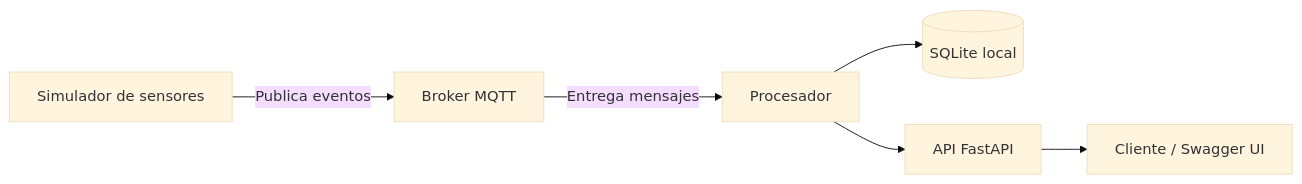
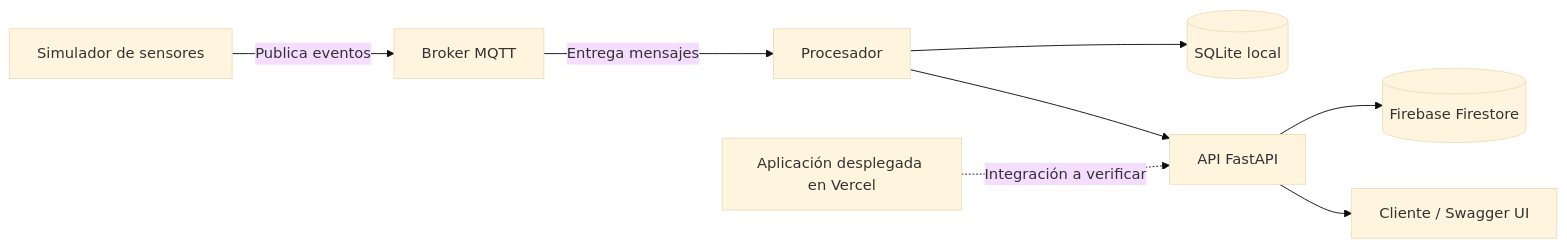
Before and after one commit to CTorrejon1995/PTEC104-8571-S1-ESTACIONAMIENTO-INTELIGENTE: the diagram in README.md, drawn with Mermaid (base theme). The commit also changed other lines of this file, not shown here.

````diff
--- a/README.md
+++ b/README.md
@@ -15,8 +15,10 @@
 ```mermaid
 flowchart LR
     S[Simulador de sensores] -->|Publica eventos| M[Broker MQTT]
     M -->|Entrega mensajes| P[Procesador]
     P --> DB[(SQLite local)]
     P --> A[API FastAPI]
+    A --> F[(Firebase Firestore)]
     A --> U[Cliente / Swagger UI]
+    V[Aplicación desplegada en Vercel] -.->|Integración a verificar| A
 ```
````
